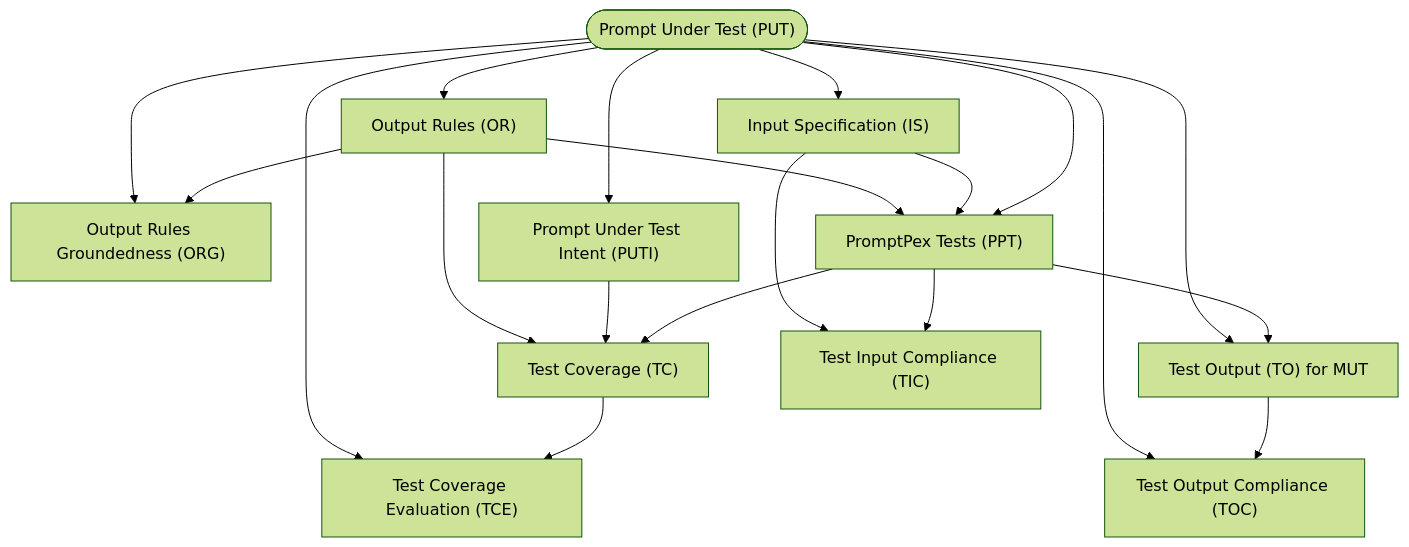
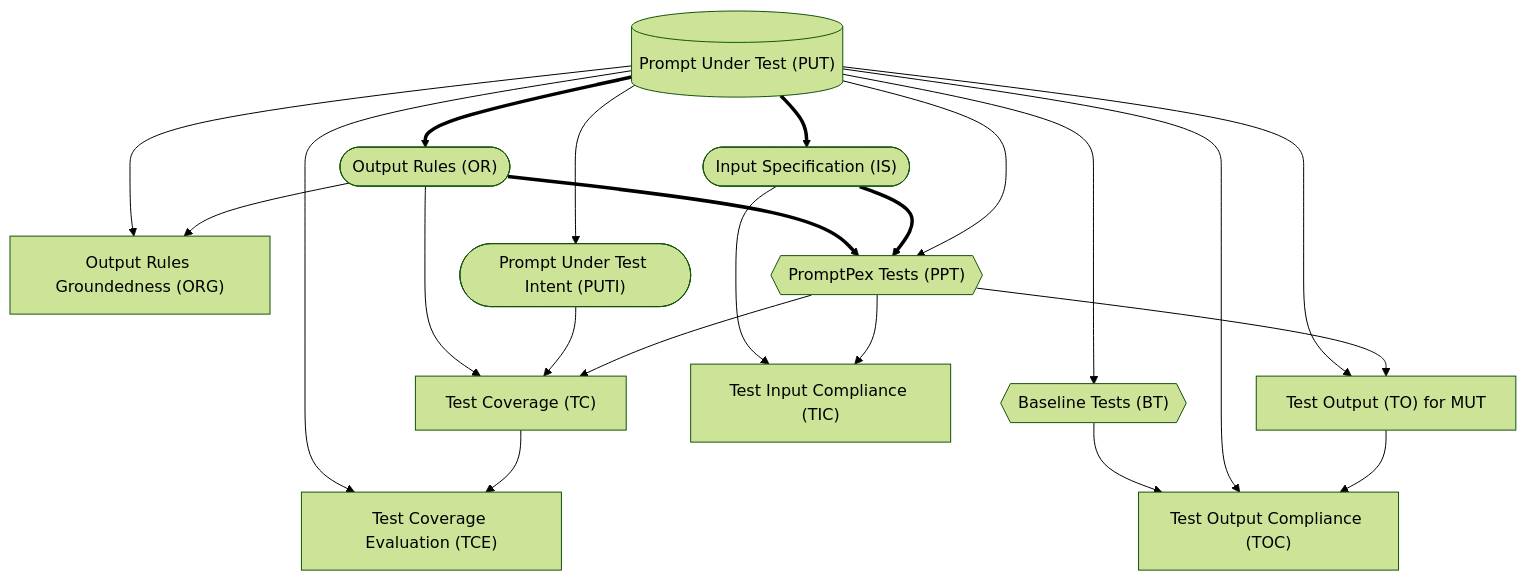
Before and after one commit to sihyun-ahn/CS453-KGA: the second of 2 diagrams in README.md, drawn with Mermaid (forest theme). The commit also changed other lines of this file and 82 other files, not shown here.

````diff
--- a/README.md
+++ b/README.md
@@ -101,44 +103,48 @@
 ```mermaid
 graph TD
-    PUT(["Prompt Under Test (PUT)"])
-    IS["Input Specification (IS)"]
-    OR["Output Rules (OR)"]
+    PUT[("Prompt Under Test (PUT)")]
+    IS(["Input Specification (IS)"])
+    OR(["Output Rules (OR)"])
     ORG["Output Rules Groundedness (ORG)"]
-    PUTI["Prompt Under Test Intent (PUTI)"]
-    PPT["PromptPex Tests (PPT)"]
+    PUTI(["Prompt Under Test Intent (PUTI)"])
+    PPT{{"PromptPex Tests (PPT)"}}
     TC["Test Coverage (TC)"]
     TCE["Test Coverage Evaluation (TCE)"]
     TO["Test Output (TO) for MUT"]
     TOC["Test Output Compliance (TOC)"]
     TIC["Test Input Compliance (TIC)"]
+    BT{{"Baseline Tests (BT)"}}
 
-    PUT --> IS
+    PUT ==> IS
 
-    PUT --> OR
+    PUT ==> OR
 
     OR --> ORG
     PUT --> ORG
 
     PUT --> PUTI
 
     PUT --> PPT
-    IS --> PPT
-    OR --> PPT
+    IS ==> PPT
+    OR ==> PPT
 
     PPT --> TIC
     IS --> TIC
 
     PPT --> TC
     PUTI --> TC
     OR --> TC
 
     TC --> TCE
     PUT --> TCE
     
 
     PPT --> TO
     PUT --> TO
 
     TO --> TOC
     PUT --> TOC
+
+    PUT --> BT
+    BT --> TOC
 ```
````
